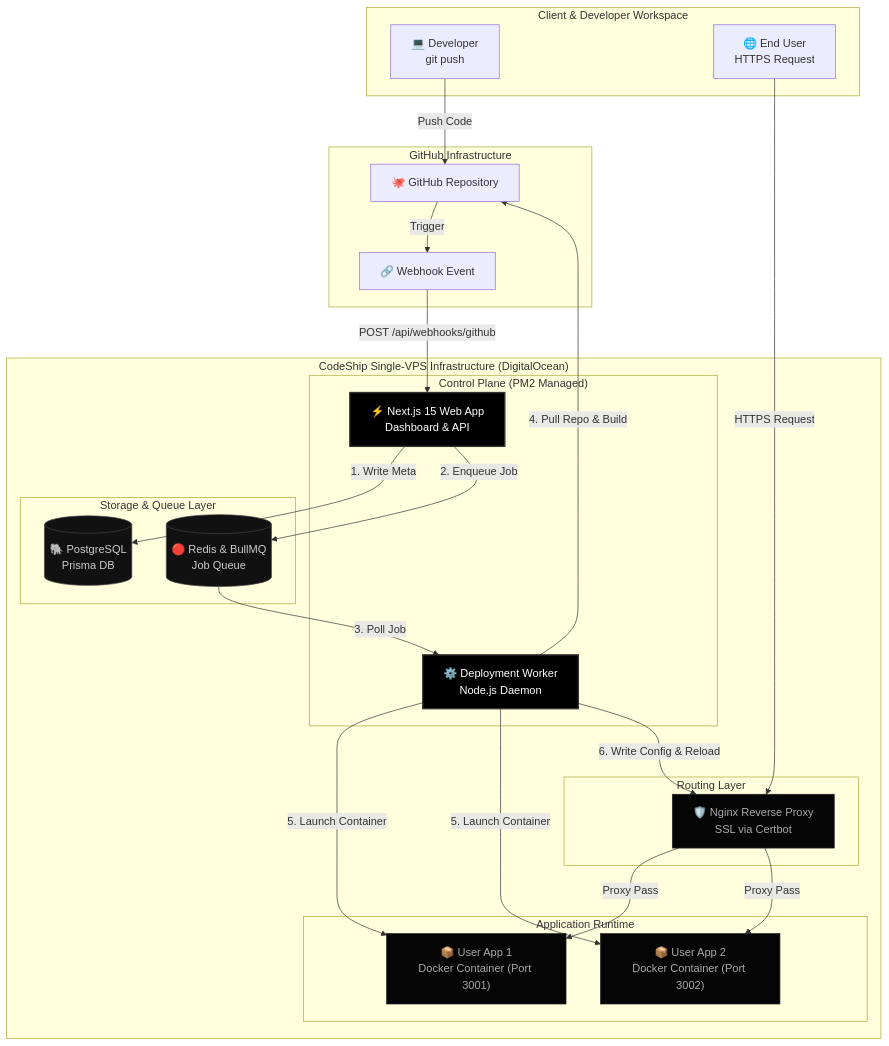
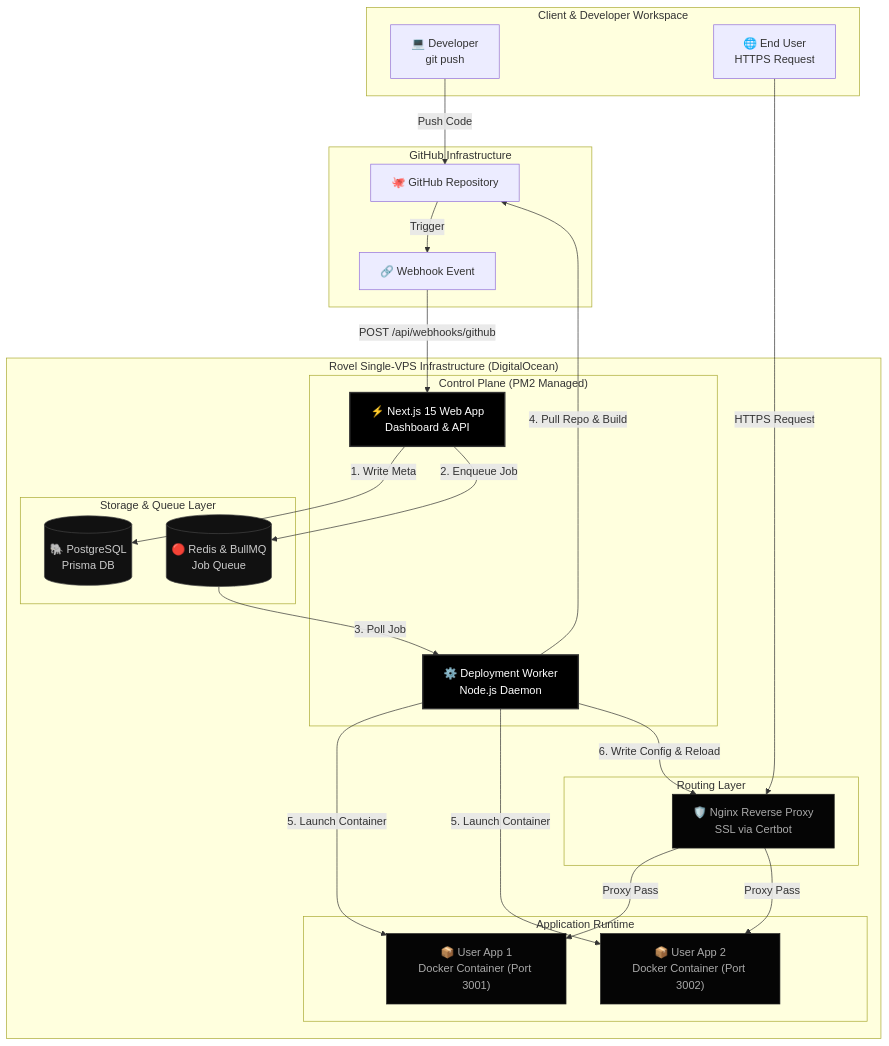
One commit to atharvabaodhankar/CodeShip changed the diagram in README.md. Above: the diagram before and after it, drawn with Mermaid. The commit also changed other lines of this file and 30 other files, not shown here.

Commit message:
feat: implement core PaaS infrastructure, session management, and deployment worker while rebranding project to Rovel

````diff
--- a/README.md
+++ b/README.md
@@ -33,61 +33,61 @@
 ```mermaid
 flowchart TD
     %% Define Styles
     classDef main fill:#000,stroke:#333,stroke-width:2px,color:#fff;
     classDef db fill:#111,stroke:#444,stroke-width:1px,color:#ccc;
     classDef container fill:#050505,stroke:#222,stroke-width:1px,color:#aaa;
 
     subgraph UserSpace ["Client & Developer Workspace"]
         Developer["💻 Developer<br>git push"]
         User["🌐 End User<br>HTTPS Request"]
     end
 
     subgraph GitHub ["GitHub Infrastructure"]
         Repo["🐙 GitHub Repository"]
         Webhook["🔗 Webhook Event"]
     end
 
-    subgraph VPS ["CodeShip Single-VPS Infrastructure (DigitalOcean)"]
+    subgraph VPS ["Rovel Single-VPS Infrastructure (DigitalOcean)"]
         subgraph ControlPlane ["Control Plane (PM2 Managed)"]
             NextJS["⚡ Next.js 15 Web App<br>Dashboard & API"]
             Worker["⚙️ Deployment Worker<br>Node.js Daemon"]
         end
 
         subgraph DBQueue ["Storage & Queue Layer"]
             Redis[("🔴 Redis & BullMQ<br>Job Queue")]
             Postgres[("🐘 PostgreSQL<br>Prisma DB")]
         end
 
         subgraph Routing ["Routing Layer"]
             Nginx["🛡️ Nginx Reverse Proxy<br>SSL via Certbot"]
         end
 
         subgraph Containers ["Application Runtime"]
             App1["📦 User App 1<br>Docker Container (Port 3001)"]
             App2["📦 User App 2<br>Docker Container (Port 3002)"]
         end
     end
 
     %% Connections
     Developer -->|Push Code| Repo
     Repo -->|Trigger| Webhook
     Webhook -->|POST /api/webhooks/github| NextJS
     
     NextJS -->|1. Write Meta| Postgres
     NextJS -->|2. Enqueue Job| Redis
     Redis -->|3. Poll Job| Worker
     
     Worker -->|4. Pull Repo & Build| Repo
     Worker -->|5. Launch Container| App1
     Worker -->|5. Launch Container| App2
     Worker -->|6. Write Config & Reload| Nginx
     
     User -->|HTTPS Request| Nginx
     Nginx -->|Proxy Pass| App1
     Nginx -->|Proxy Pass| App2
 
     %% Assign Classes
     class NextJS,Worker main;
     class Redis,Postgres db;
     class App1,App2,Nginx container;
 ```
````
